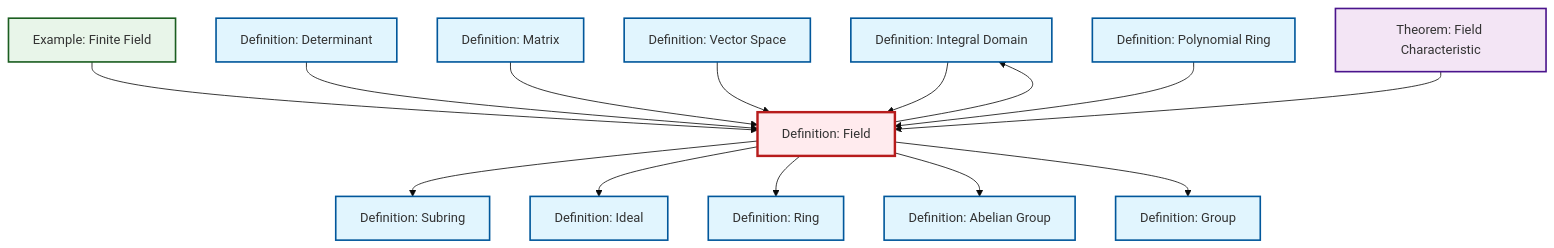
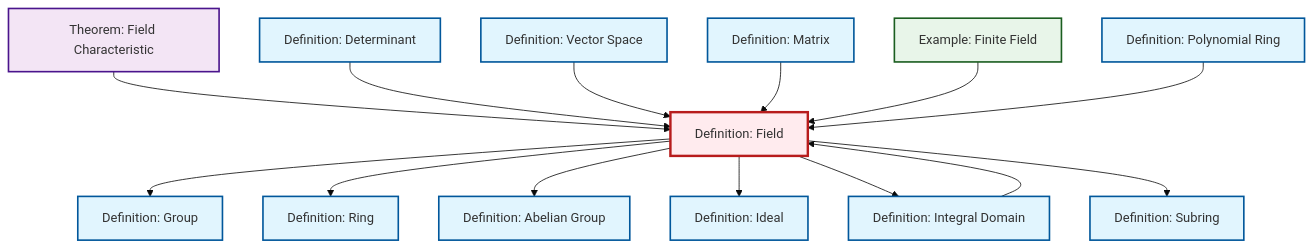
The diagram in content/en/algebra/def-field.qmd (RK0429/ModernMath), drawn with Mermaid (base theme) before and after one commit. The commit also changed other lines of this file and 634 other files, not shown here.

First line of the commit message:
feat: Add prime ideal definition with comprehensive cross-references

````diff
--- a/content/en/algebra/def-field.qmd
+++ b/content/en/algebra/def-field.qmd
@@ -56,48 +56,48 @@
 ```{mermaid}
 %%| fig-cap: "Local dependency graph"
 graph TD
     classDef definition fill:#e1f5fe,stroke:#01579b,stroke-width:2px
     classDef theorem fill:#f3e5f5,stroke:#4a148c,stroke-width:2px
     classDef axiom fill:#fff3e0,stroke:#e65100,stroke-width:2px
     classDef example fill:#e8f5e9,stroke:#1b5e20,stroke-width:2px
     classDef current fill:#ffebee,stroke:#b71c1c,stroke-width:3px
+    def-group["Definition: Group"]:::definition
+    def-abelian-group["Definition: Abelian Group"]:::definition
+    def-polynomial-ring["Definition: Polynomial Ring"]:::definition
+    def-ring["Definition: Ring"]:::definition
     def-integral-domain["Definition: Integral Domain"]:::definition
-    def-abelian-group["Definition: Abelian Group"]:::definition
-    def-group["Definition: Group"]:::definition
+    def-subring["Definition: Subring"]:::definition
+    def-field["Definition: Field"]:::definition
     ex-finite-field["Example: Finite Field"]:::example
     def-determinant["Definition: Determinant"]:::definition
+    def-matrix["Definition: Matrix"]:::definition
+    def-vector-space["Definition: Vector Space"]:::definition
     def-ideal["Definition: Ideal"]:::definition
     thm-field-characteristic["Theorem: Field Characteristic"]:::theorem
-    def-subring["Definition: Subring"]:::definition
-    def-polynomial-ring["Definition: Polynomial Ring"]:::definition
-    def-matrix["Definition: Matrix"]:::definition
-    def-field["Definition: Field"]:::definition
-    def-ring["Definition: Ring"]:::definition
-    def-vector-space["Definition: Vector Space"]:::definition
-    def-field --> def-subring
-    def-field --> def-ideal
+    def-field --> def-group
     def-field --> def-ring
     def-field --> def-abelian-group
+    thm-field-characteristic --> def-field
+    def-determinant --> def-field
+    def-field --> def-ideal
+    def-vector-space --> def-field
+    def-matrix --> def-field
+    def-integral-domain --> def-field
+    def-field --> def-integral-domain
+    def-field --> def-subring
     ex-finite-field --> def-field
-    def-determinant --> def-field
-    def-field --> def-integral-domain
-    def-integral-domain --> def-field
-    def-matrix --> def-field
-    def-field --> def-group
-    def-vector-space --> def-field
     def-polynomial-ring --> def-field
-    thm-field-characteristic --> def-field
     class def-field current
+    click def-group "def-group.html" "Go to Group definition"
+    click def-abelian-group "def-abelian-group.html" "Go to Abelian Group definition"
+    click def-polynomial-ring "def-polynomial-ring.html" "Go to Polynomial Ring definition"
+    click def-ring "def-ring.html" "Go to Ring definition"
     click def-integral-domain "def-integral-domain.html" "Go to Integral Domain definition"
-    click def-abelian-group "def-abelian-group.html" "Go to Abelian Group definition"
-    click def-group "def-group.html" "Go to Group definition"
+    click def-subring "def-subring.html" "Go to Subring definition"
     click ex-finite-field "ex-finite-field.html" "Go to Finite Field example"
     click def-determinant "def-determinant.html" "Go to Determinant definition"
+    click def-matrix "def-matrix.html" "Go to Matrix definition"
+    click def-vector-space "def-vector-space.html" "Go to Vector Space definition"
     click def-ideal "def-ideal.html" "Go to Ideal definition"
     click thm-field-characteristic "thm-field-characteristic.html" "Go to Field Characteristic theorem"
-    click def-subring "def-subring.html" "Go to Subring definition"
-    click def-polynomial-ring "def-polynomial-ring.html" "Go to Polynomial Ring definition"
-    click def-matrix "def-matrix.html" "Go to Matrix definition"
-    click def-ring "def-ring.html" "Go to Ring definition"
-    click def-vector-space "def-vector-space.html" "Go to Vector Space definition"
 ```
````
